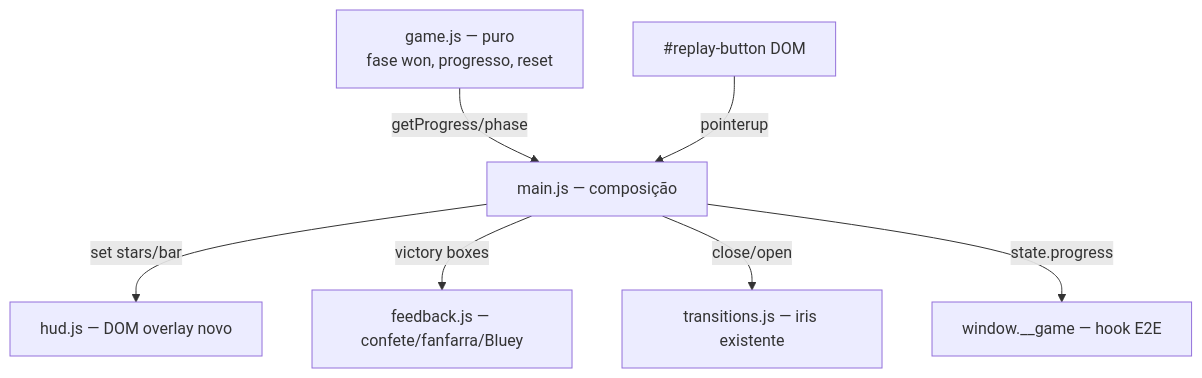
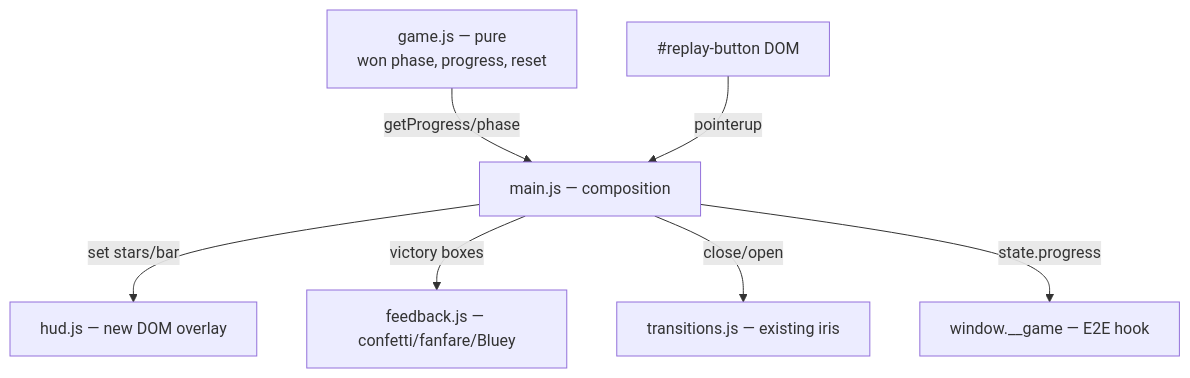
The diagram in .specs/features/progresso-e-vitoria/design.md (renatodts/bluey-kids-game), drawn with Mermaid before and after one commit. The commit also changed other lines of this file and 32 other files, not shown here.

````diff
--- a/.specs/features/progresso-e-vitoria/design.md
+++ b/.specs/features/progresso-e-vitoria/design.md
@@ -25,9 +25,9 @@
 ```mermaid
 graph TD
-    G[game.js — puro<br/>fase won, progresso, reset] -->|getProgress/phase| M[main.js — composição]
-    M -->|set stars/bar| H[hud.js — DOM overlay novo]
-    M -->|victory boxes| F[feedback.js — confete/fanfarra/Bluey]
-    M -->|close/open| T[transitions.js — iris existente]
+    G[game.js — pure<br/>won phase, progress, reset] -->|getProgress/phase| M[main.js — composition]
+    M -->|set stars/bar| H[hud.js — new DOM overlay]
+    M -->|victory boxes| F[feedback.js — confetti/fanfare/Bluey]
+    M -->|close/open| T[transitions.js — existing iris]
     R[#replay-button DOM] -->|pointerup| M
-    M -->|state.progress| W[window.__game — hook E2E]
+    M -->|state.progress| W[window.__game — E2E hook]
 ```
````
